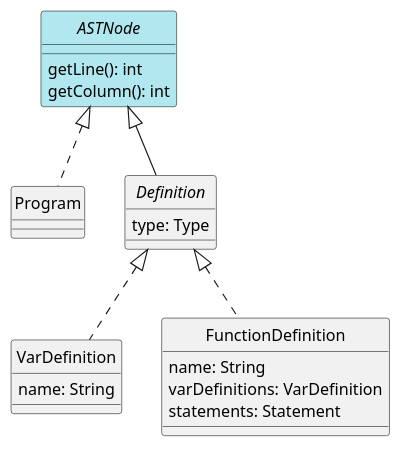
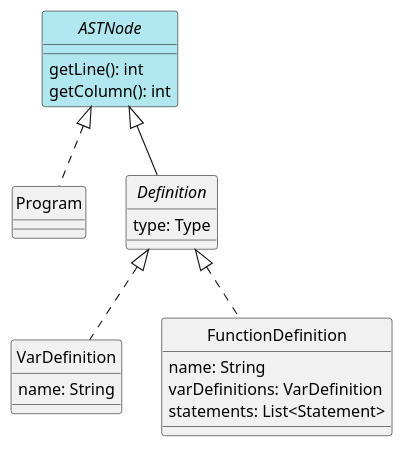
The diagram in docs/diagrams/program.plantuml (alvesit0/DLP-Compiler), drawn with PlantUML before and after one commit. The commit also changed 7 other files, not shown here.

```diff
--- a/docs/diagrams/program.plantuml
+++ b/docs/diagrams/program.plantuml
@@ -1,33 +1,33 @@
 @startuml Program
 skinparam style strictuml
 skinparam monochrome false
 
 
 interface ASTNode #b1e8f0 {
     getLine(): int
     getColumn(): int
 }
 
 class Program
 
 ASTNode <|.. Program
 
 interface Definition {
     type: Type
 }
 
 class VarDefinition {
     name: String
 }
 
 class FunctionDefinition {
     name: String
     varDefinitions: VarDefinition
-    statements: Statement
+    statements: List<Statement>
 }
 
 ASTNode <|-- Definition
 Definition <|..VarDefinition
 Definition <|.. FunctionDefinition
 
 @enduml
```
